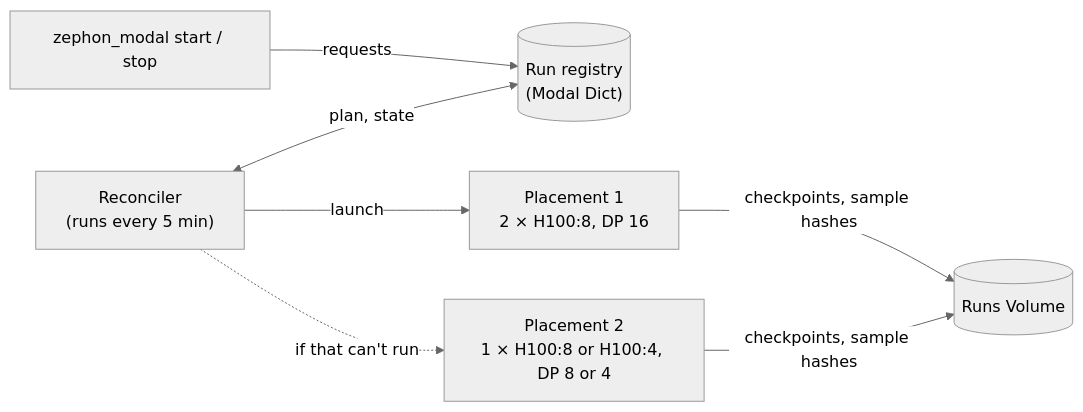
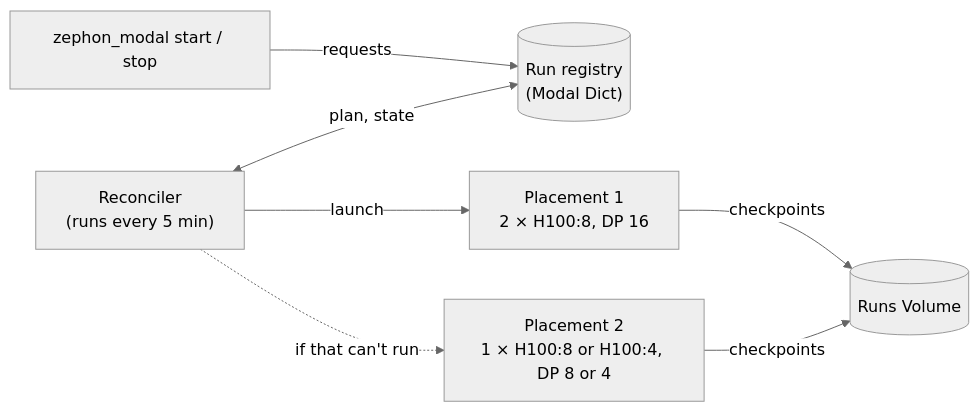
Before and after one commit to datologyai/zephon-modal: the diagram in README.md, drawn with Mermaid (neutral theme). The commit also changed other lines of this file, not shown here.

First line of the commit message:
README: lead with keeping runs alive; make hashing optional

````diff
--- a/README.md
+++ b/README.md
@@ -25,8 +25,8 @@
 ```mermaid
 flowchart LR
     CLI["zephon_modal start / stop"] -->|requests| Registry[("Run registry<br/>(Modal Dict)")]
     Reconciler["Reconciler<br/>(runs every 5 min)"] <-->|plan, state| Registry
     Reconciler -->|launch| P1["Placement 1<br/>2 × H100:8, DP 16"]
     Reconciler -.->|if that can't run| P2["Placement 2<br/>1 × H100:8 or H100:4, DP 8 or 4"]
-    P1 & P2 -->|checkpoints, sample hashes| Volume[("Runs Volume")]
+    P1 & P2 -->|checkpoints| Volume[("Runs Volume")]
 ```
````
